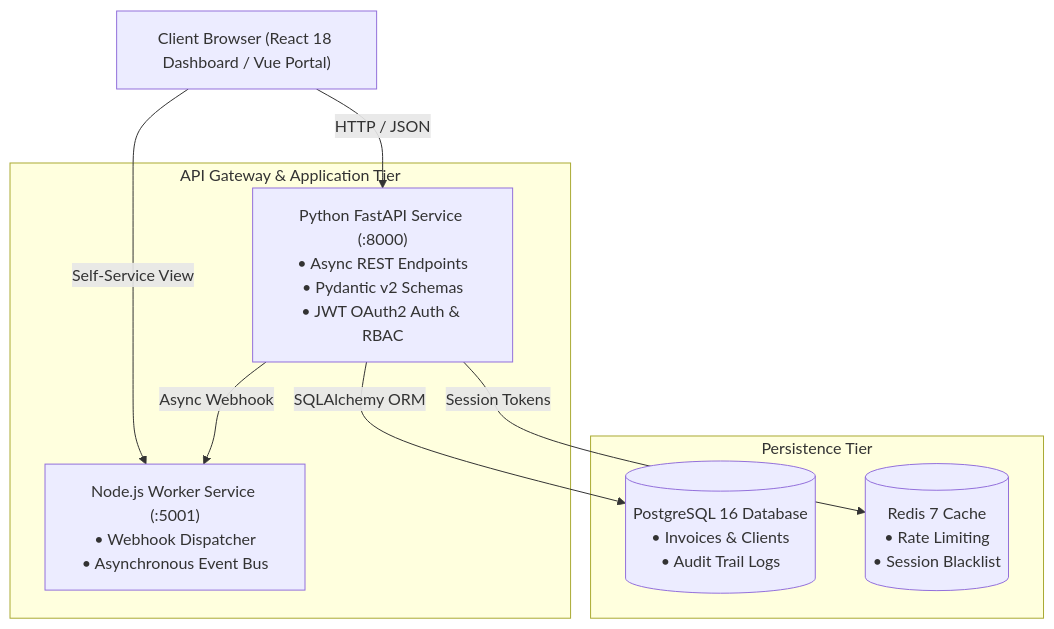
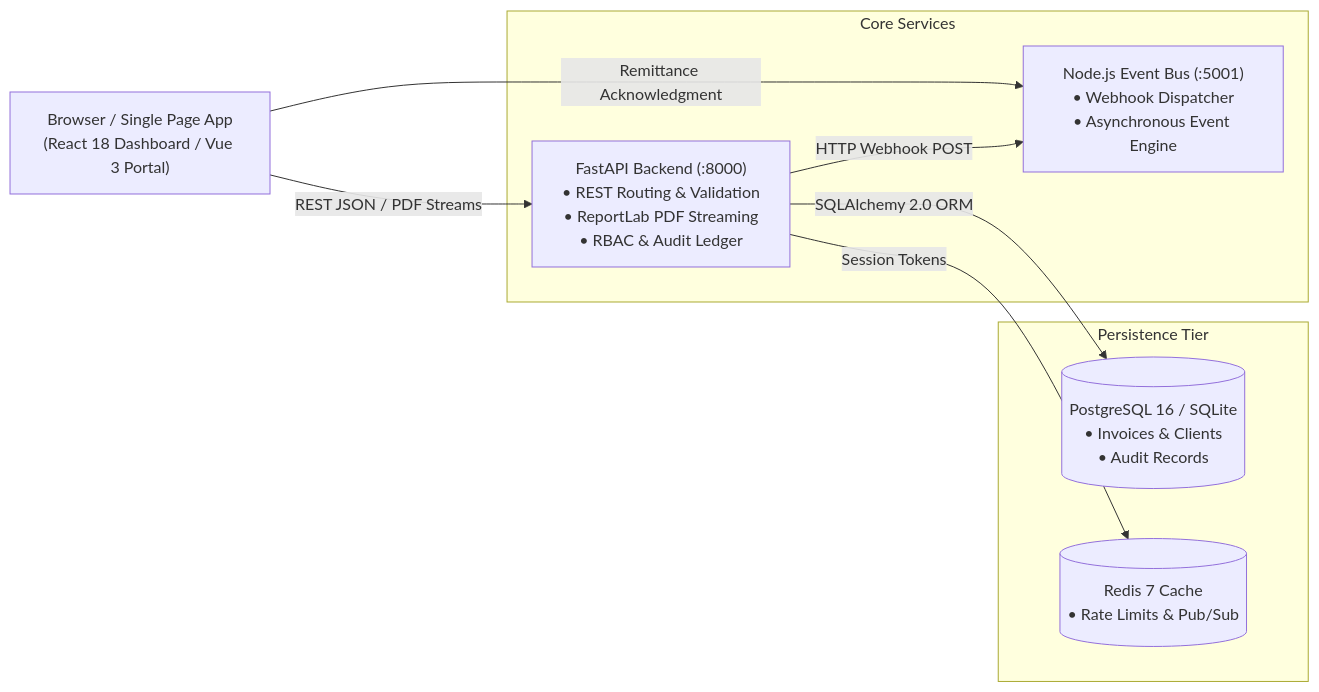
Before and after one commit to hamzaihsan9/payflow-invoicing-platform: the diagram in README.md, drawn with Mermaid. The commit also changed other lines of this file and 7 other files, not shown here.

````diff
--- a/README.md
+++ b/README.md
@@ -17,20 +17,20 @@
 ```mermaid
-graph TD
-    ClientBrowser["Client Browser (React 18 Dashboard / Vue Portal)"]
+flowchart LR
+    Client["Browser / Single Page App\n(React 18 Dashboard / Vue 3 Portal)"]
     
-    subgraph "API Gateway & Application Tier"
-        FastAPI["Python FastAPI Service (:8000)<br/>• Async REST Endpoints<br/>• Pydantic v2 Schemas<br/>• JWT OAuth2 Auth & RBAC"]
-        NodeWorker["Node.js Worker Service (:5001)<br/>• Webhook Dispatcher<br/>• Asynchronous Event Bus"]
-    end
-    
-    subgraph "Persistence Tier"
-        Postgres[("PostgreSQL 16 Database<br/>• Invoices & Clients<br/>• Audit Trail Logs")]
-        Redis[("Redis 7 Cache<br/>• Rate Limiting<br/>• Session Blacklist")]
+    subgraph CoreServices ["Core Services"]
+        API["FastAPI Backend (:8000)\n• REST Routing & Validation\n• ReportLab PDF Streaming\n• RBAC & Audit Ledger"]
+        Worker["Node.js Event Bus (:5001)\n• Webhook Dispatcher\n• Asynchronous Event Engine"]
     end
 
-    ClientBrowser -->|HTTP / JSON| FastAPI
-    ClientBrowser -->|Self-Service View| NodeWorker
-    FastAPI -->|Async Webhook| NodeWorker
-    FastAPI -->|SQLAlchemy ORM| Postgres
-    FastAPI -->|Session Tokens| Redis
+    subgraph DataTier ["Persistence Tier"]
+        DB[("PostgreSQL 16 / SQLite\n• Invoices & Clients\n• Audit Records")]
+        Cache[("Redis 7 Cache\n• Rate Limits & Pub/Sub")]
+    end
+
+    Client -->|REST JSON / PDF Streams| API
+    Client -->|Remittance Acknowledgment| Worker
+    API -->|HTTP Webhook POST| Worker
+    API -->|SQLAlchemy 2.0 ORM| DB
+    API -->|Session Tokens| Cache
 ```
````
